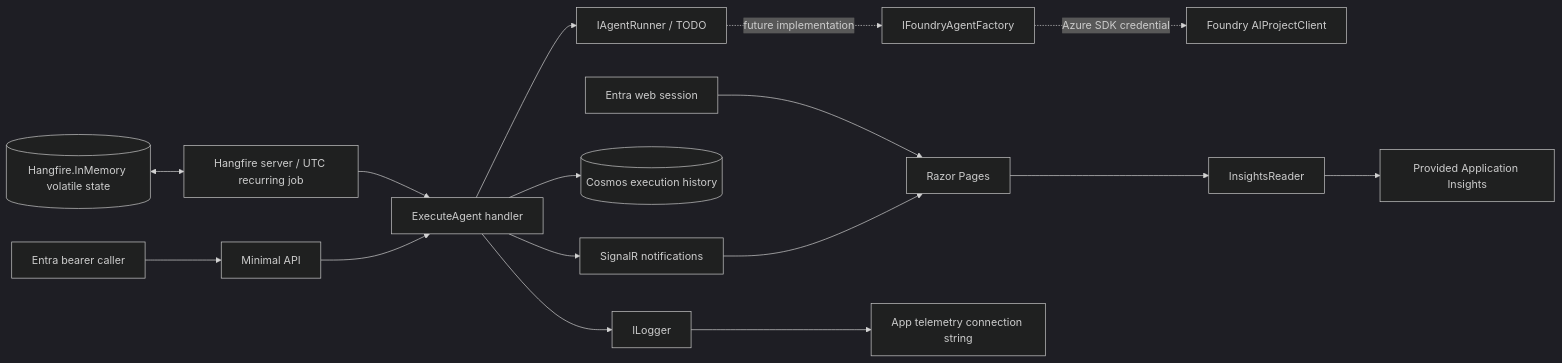
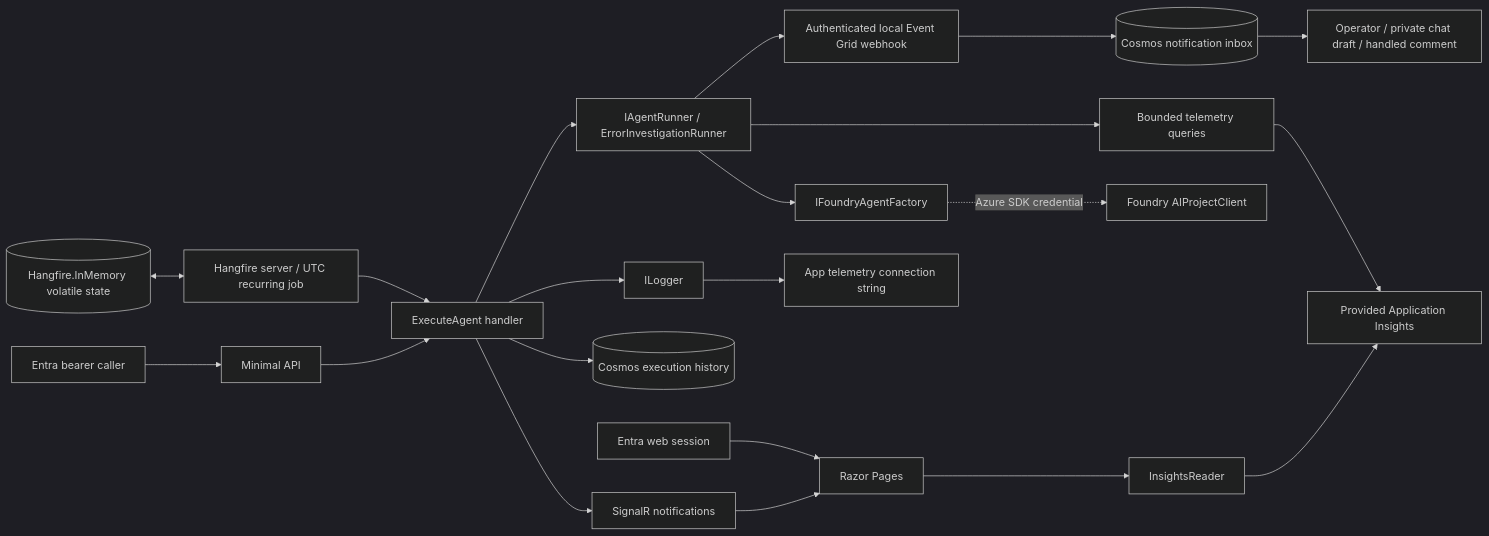
One commit to bovrhovn/azure-demos-ai-agent-monitoring-insights-actions changed the diagram in docs/architecture.md. Above: the diagram before and after it, drawn with Mermaid (dark theme). The commit also changed other lines of this file and 43 other files, not shown here.

Commit message:
Refactor IAgentRunner interface to accept ExecutionRecord; enhance notification options with test message length and rate limiting; implement local webhook delivery and notification test service; update UI for webhook inbox and error investigation

````diff
--- a/docs/architecture.md
+++ b/docs/architecture.md
@@ -5,18 +5,23 @@
 ```mermaid
 flowchart LR
     User[Entra web session] --> Razor[Razor Pages]
     Caller[Entra bearer caller] --> API[Minimal API]
     Schedules[(Hangfire.InMemory volatile state)] <--> Scheduler[Hangfire server / UTC recurring job]
     Scheduler --> Execute[ExecuteAgent handler]
     API --> Execute
-    Execute --> Agent[IAgentRunner / TODO]
-    Agent -. future implementation .-> Factory[IFoundryAgentFactory]
+    Execute --> Agent[IAgentRunner / ErrorInvestigationRunner]
+    Agent --> Factory[IFoundryAgentFactory]
+    Agent --> Evidence[Bounded telemetry queries]
+    Evidence --> Monitored
+    Agent --> Webhook[Authenticated local Event Grid webhook]
+    Webhook --> Inbox[(Cosmos notification inbox)]
+    Inbox --> Human[Operator / private chat draft / handled comment]
     Factory -. Azure SDK credential .-> Foundry[Foundry AIProjectClient]
     Execute --> Cosmos[(Cosmos execution history)]
     Execute --> Hub[SignalR notifications]
     Hub --> Razor
     Razor --> Query[InsightsReader]
     Query --> Monitored[Provided Application Insights]
     Execute --> Logger[ILogger]
     Logger --> Telemetry[App telemetry connection string]
 ```
````
